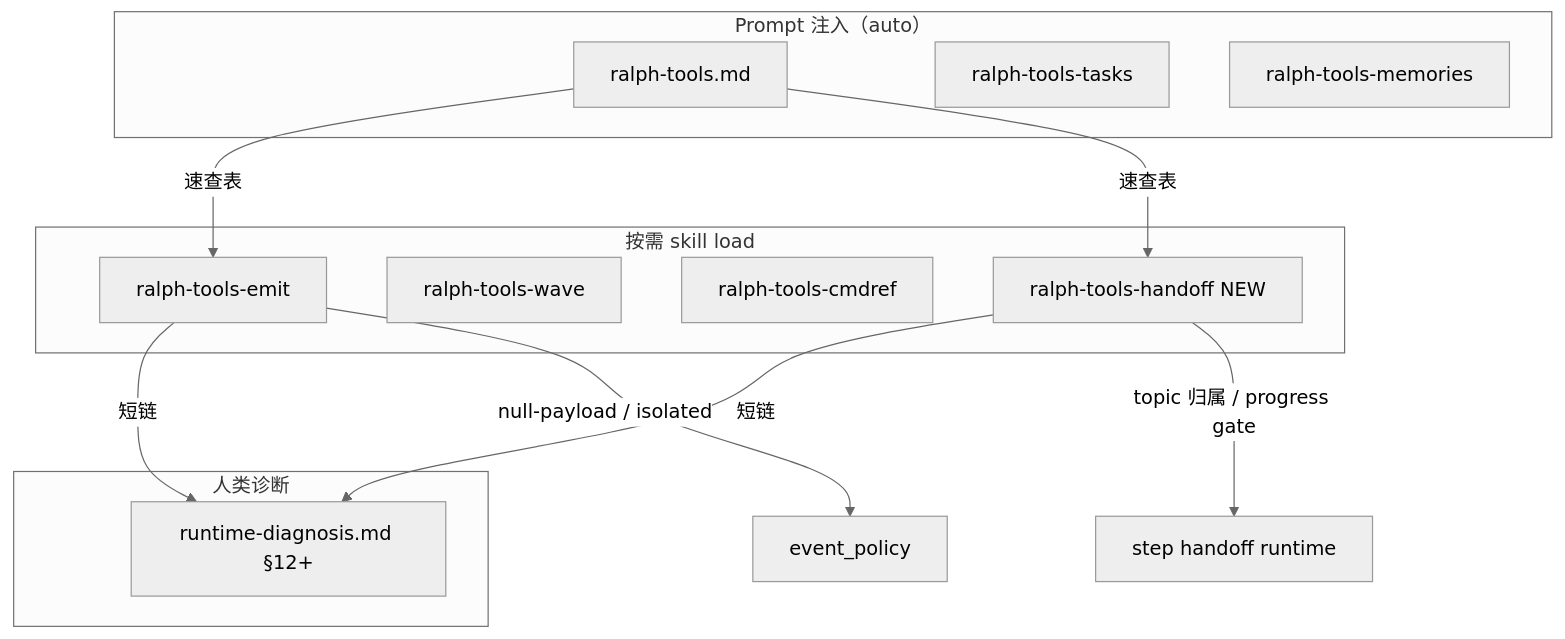
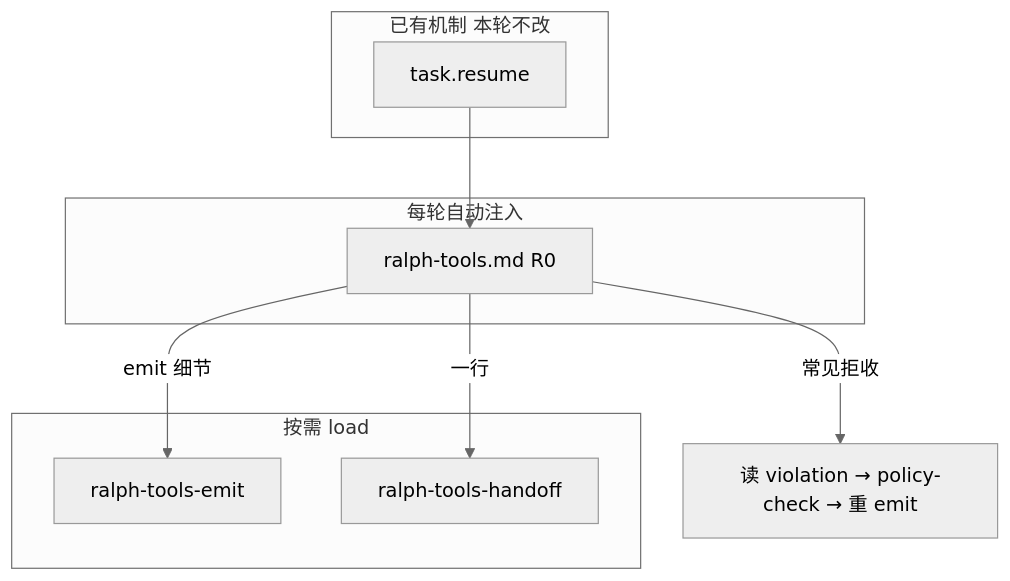
The diagram in docs/plans/2026-06-17-004-feat-ralph-core-data-doc-sync-plan.md (pittcat/ralph-orchestrator), drawn with Mermaid (neutral theme) before and after one commit. The commit also changed other lines of this file and 3 other files, not shown here.

````diff
--- a/docs/plans/2026-06-17-004-feat-ralph-core-data-doc-sync-plan.md
+++ b/docs/plans/2026-06-17-004-feat-ralph-core-data-doc-sync-plan.md
@@ -57,26 +102,17 @@
 ```mermaid
 flowchart TB
-  subgraph inject["Prompt 注入（auto）"]
-    RT[ralph-tools.md]
-    RTT[ralph-tools-tasks]
-    RTM[ralph-tools-memories]
+  subgraph auto["每轮自动注入"]
+    RT["ralph-tools.md R0"]
   end
-
-  subgraph ondemand["按需 skill load"]
+  subgraph mech["已有机制 本轮不改"]
+    TR[task.resume]
+  end
+  subgraph ondemand["按需 load"]
     RTE[ralph-tools-emit]
-    RTW[ralph-tools-wave]
-    RTC[ralph-tools-cmdref]
-    RTH[ralph-tools-handoff NEW]
+    RTH[ralph-tools-handoff]
   end
-
-  subgraph guide["人类诊断"]
-    RD[runtime-diagnosis.md §12+]
-  end
-
-  RT -->|速查表| RTE
-  RT -->|速查表| RTH
-  RTE -->|短链| RD
-  RTH -->|短链| RD
-  RTH -->|topic 归属 / progress gate| SHM[step handoff runtime]
-  RTE -->|null-payload / isolated| EP[event_policy]
+  TR --> RT
+  RT -->|常见拒收| FIX[读 violation → policy-check → 重 emit]
+  RT -->|一行| RTH
+  RT -->|emit 细节| RTE
 ```
````
